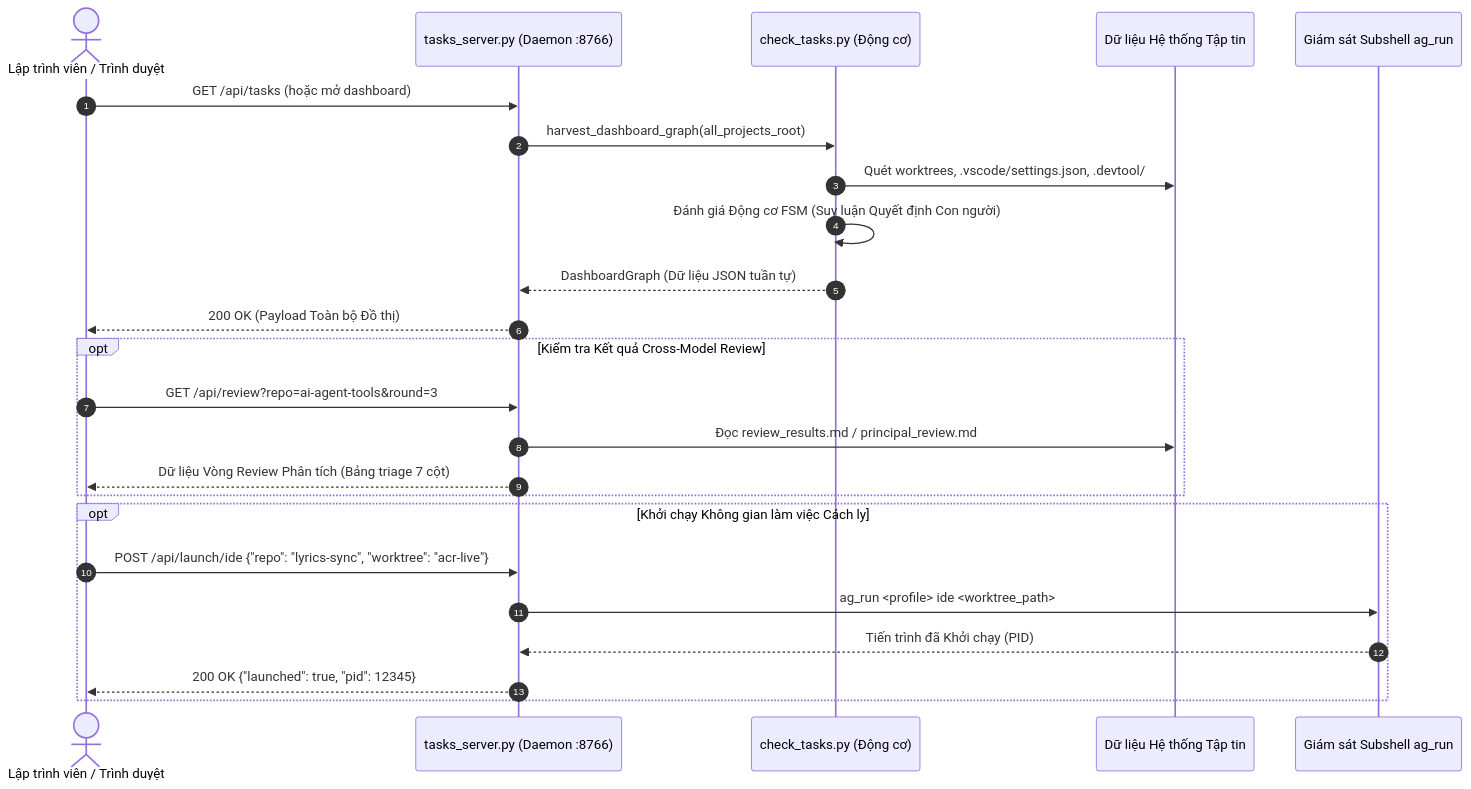
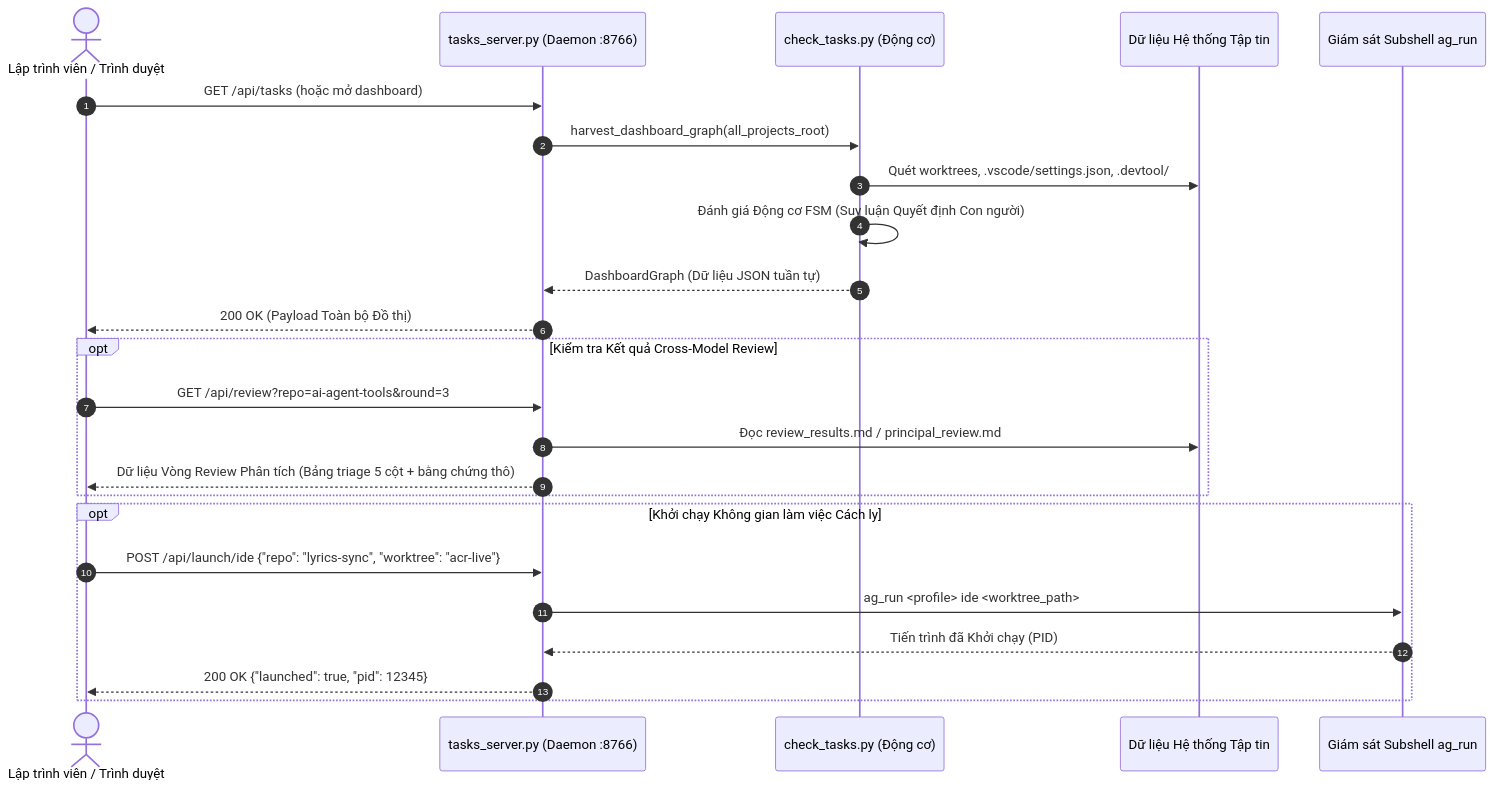
Before and after one commit to DanhDue/ai-agent-tools: the second of 2 diagrams in .devtool/epic/check_tasks_dashboard/check_tasks_dashboard.vi.md, drawn with Mermaid. The commit also changed other lines of this file and 15 other files, not shown here.

````diff
--- a/.devtool/epic/check_tasks_dashboard/check_tasks_dashboard.vi.md
+++ b/.devtool/epic/check_tasks_dashboard/check_tasks_dashboard.vi.md
@@ -98,29 +98,29 @@
 ```mermaid
 sequenceDiagram
     autonumber
     actor Dev as Lập trình viên / Trình duyệt
     participant Server as tasks_server.py (Daemon :8766)
     participant Harvester as check_tasks.py (Động cơ)
     participant FS as Dữ liệu Hệ thống Tập tin
     participant Launcher as Giám sát Subshell ag_run
 
     Dev->>Server: GET /api/tasks (hoặc mở dashboard)
     Server->>Harvester: harvest_dashboard_graph(all_projects_root)
     Harvester->>FS: Quét worktrees, .vscode/settings.json, .devtool/
     Harvester->>Harvester: Đánh giá Động cơ FSM (Suy luận Quyết định Con người)
     Harvester-->>Server: DashboardGraph (Dữ liệu JSON tuần tự)
     Server-->>Dev: 200 OK (Payload Toàn bộ Đồ thị)
 
     opt Kiểm tra Kết quả Cross-Model Review
         Dev->>Server: GET /api/review?repo=ai-agent-tools&round=3
         Server->>FS: Đọc review_results.md / principal_review.md
-        Server-->>Dev: Dữ liệu Vòng Review Phân tích (Bảng triage 7 cột)
+        Server-->>Dev: Dữ liệu Vòng Review Phân tích (Bảng triage 5 cột + bằng chứng thô)
     end
 
     opt Khởi chạy Không gian làm việc Cách ly
         Dev->>Server: POST /api/launch/ide {"repo": "lyrics-sync", "worktree": "acr-live"}
         Server->>Launcher: ag_run <profile> ide <worktree_path>
         Launcher-->>Server: Tiến trình đã Khởi chạy (PID)
         Server-->>Dev: 200 OK {"launched": true, "pid": 12345}
     end
 ```
````
